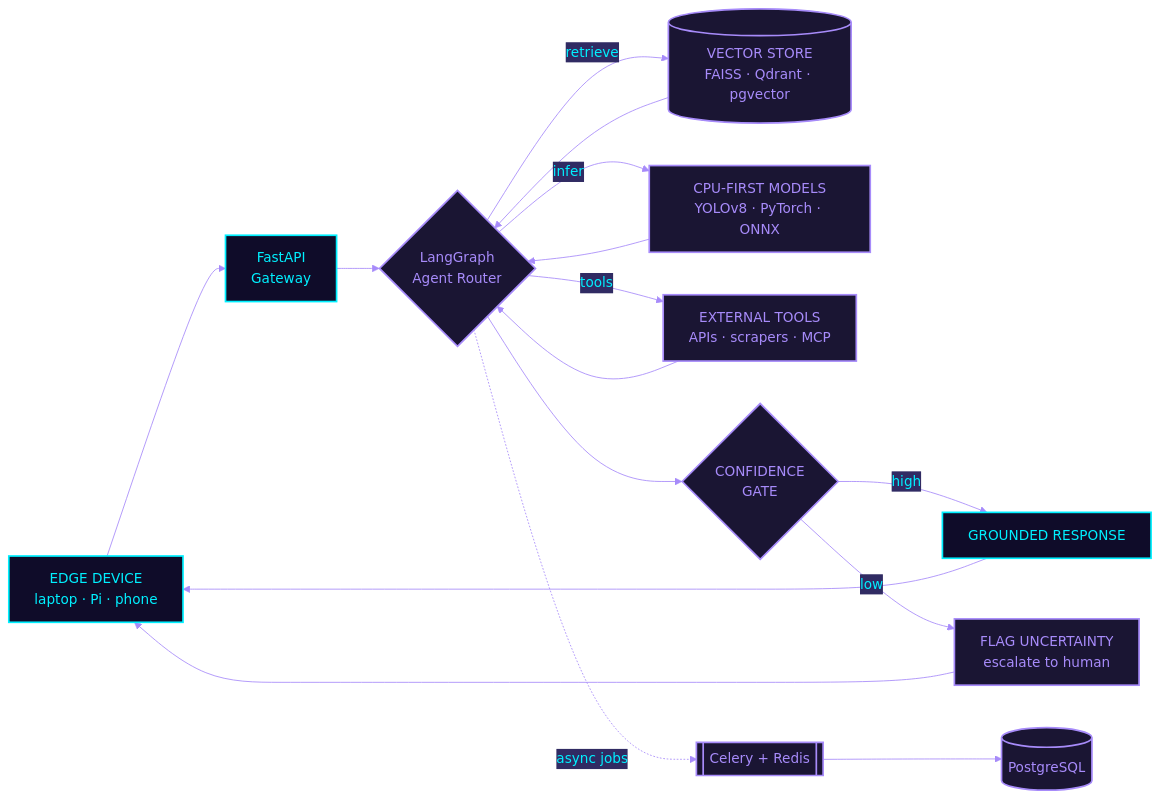
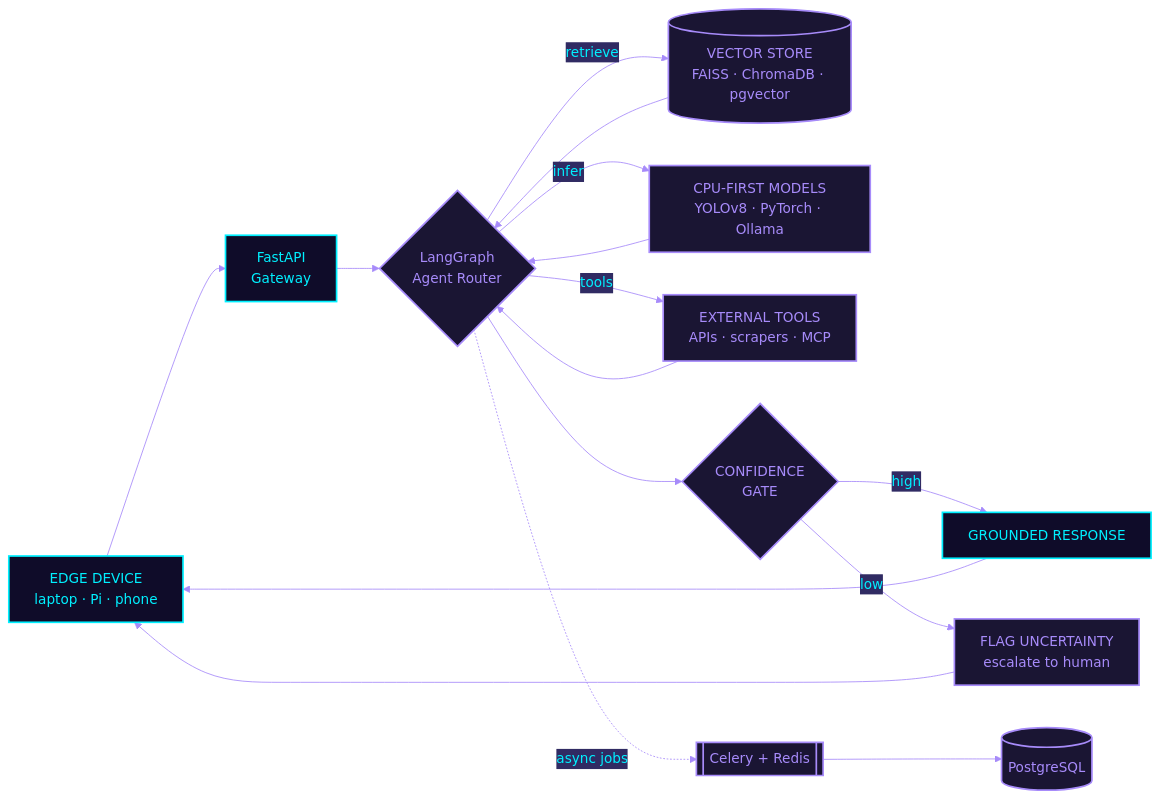
One commit to johnson2006christopher/johnson2006christopher changed the diagram in README.md. Above: the diagram before and after it, drawn with Mermaid. The commit also changed other lines of this file, not shown here.

````diff
--- a/README.md
+++ b/README.md
@@ -186,29 +365,29 @@
 ```mermaid
 %%{init: {'theme':'base','themeVariables':{'primaryColor':'#0F0C29','primaryTextColor':'#00F0FF','primaryBorderColor':'#00F0FF','lineColor':'#A78BFA','secondaryColor':'#302B63','tertiaryColor':'#24243E','fontFamily':'Fira Code, monospace'}}}%%
 flowchart LR
     EDGE["EDGE DEVICE<br/>laptop · Pi · phone"] --> GW["FastAPI<br/>Gateway"]
     GW --> ROUTER{"LangGraph<br/>Agent Router"}
 
-    ROUTER -->|retrieve| VEC[("VECTOR STORE<br/>FAISS · Qdrant · pgvector")]
-    ROUTER -->|infer| MODEL["CPU-FIRST MODELS<br/>YOLOv8 · PyTorch · ONNX"]
+    ROUTER -->|retrieve| VEC[("VECTOR STORE<br/>FAISS · ChromaDB · pgvector")]
+    ROUTER -->|infer| MODEL["CPU-FIRST MODELS<br/>YOLOv8 · PyTorch · Ollama"]
     ROUTER -->|tools| TOOLS["EXTERNAL TOOLS<br/>APIs · scrapers · MCP"]
 
     VEC --> ROUTER
     MODEL --> ROUTER
     TOOLS --> ROUTER
 
     ROUTER --> GUARD{"CONFIDENCE<br/>GATE"}
     GUARD -->|high| OUT["GROUNDED RESPONSE"]
     GUARD -->|low| FLAG["FLAG UNCERTAINTY<br/>escalate to human"]
 
     ROUTER -.->|async jobs| QUEUE[["Celery + Redis"]]
     QUEUE --> PG[("PostgreSQL")]
 
     OUT --> EDGE
     FLAG --> EDGE
 
     classDef neon fill:#0F0C29,stroke:#00F0FF,stroke-width:2px,color:#00F0FF
     classDef vio fill:#1A1533,stroke:#A78BFA,stroke-width:2px,color:#A78BFA
     class EDGE,GW,OUT neon
     class ROUTER,MODEL,VEC,TOOLS,GUARD,FLAG,QUEUE,PG vio
 ```
````
